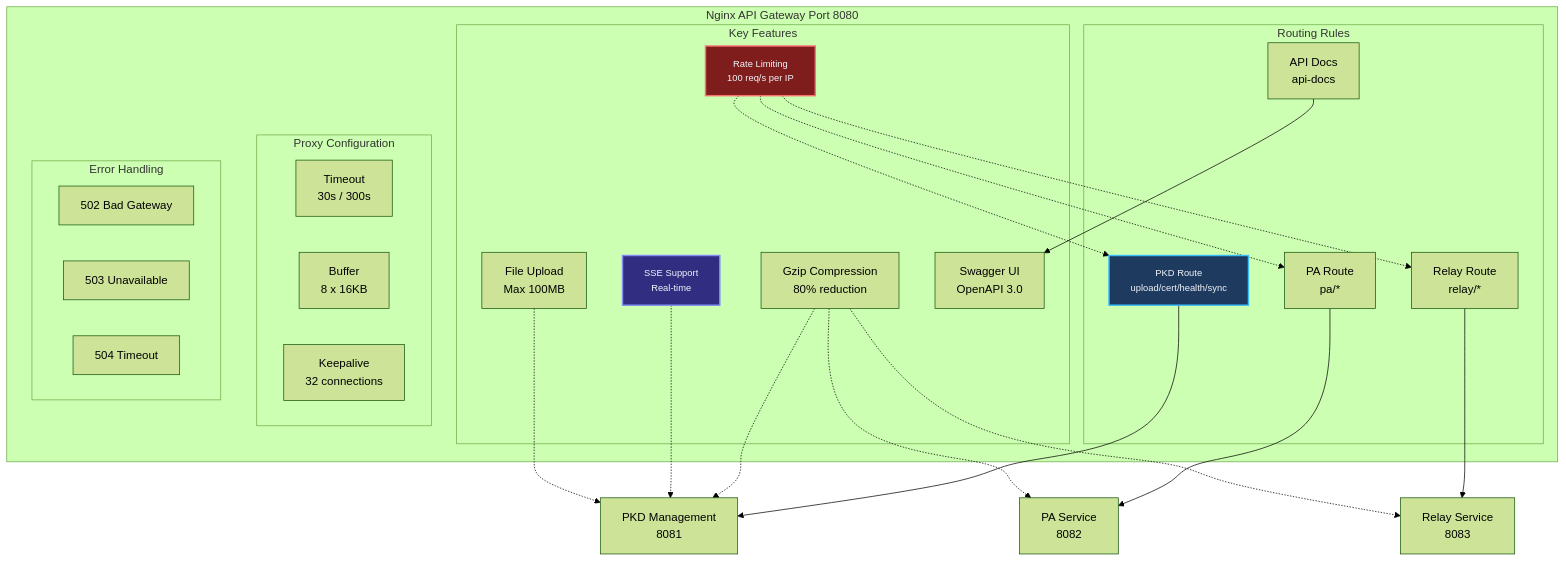
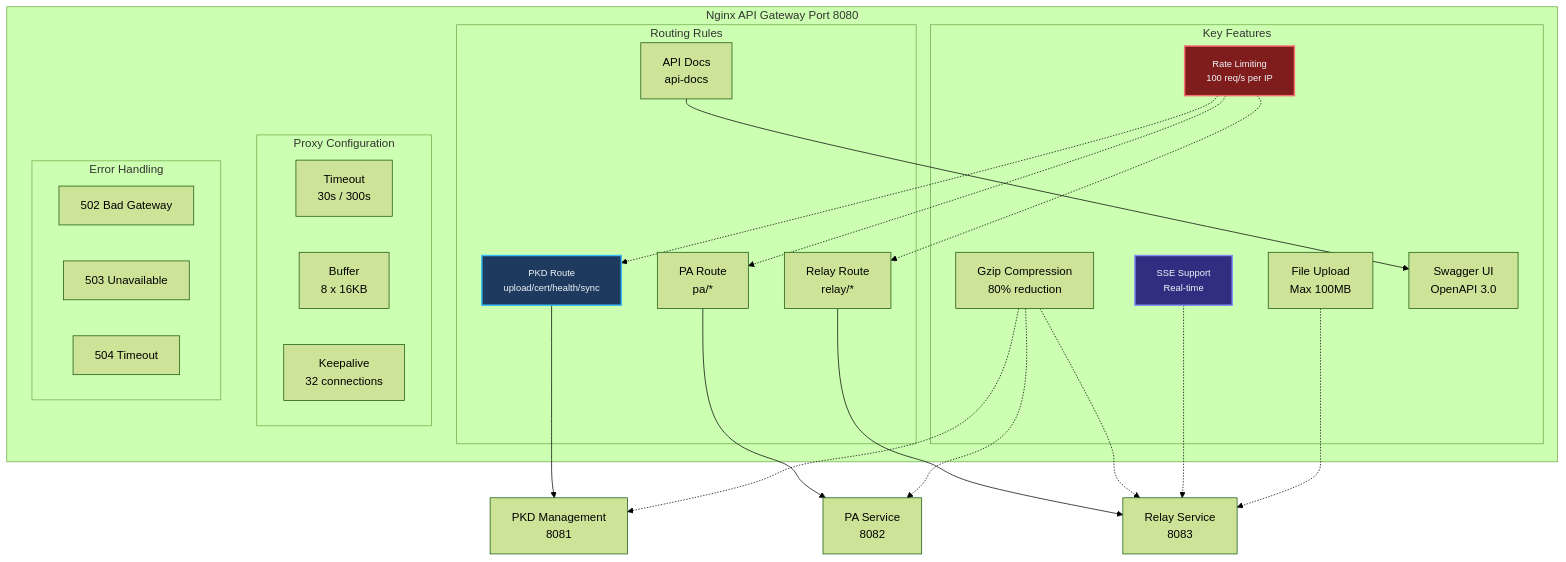
One commit to iland112/icao-local-pkd-cpp changed the ninth of 17 diagrams in docs/ARCHITECTURE.md. Above: the diagram before and after it, drawn with Mermaid (forest theme). The commit also changed other lines of this file and 6 other files, not shown here.

````diff
--- a/docs/ARCHITECTURE.md
+++ b/docs/ARCHITECTURE.md
@@ -1091,51 +1067,51 @@
 ```mermaid
 graph TB
     subgraph Gateway["Nginx API Gateway Port 8080"]
         subgraph Routes["Routing Rules"]
             Route1["PKD Route<br/>upload/cert/health/sync"]
             Route2["PA Route<br/>pa/*"]
             Route3["Relay Route<br/>relay/*"]
             Route4["API Docs<br/>api-docs"]
         end
 
         subgraph Features["Key Features"]
             RateLimit["Rate Limiting<br/>100 req/s per IP"]
             Gzip["Gzip Compression<br/>80% reduction"]
             SSE["SSE Support<br/>Real-time"]
             Upload["File Upload<br/>Max 100MB"]
             Swagger["Swagger UI<br/>OpenAPI 3.0"]
         end
 
         subgraph Proxy["Proxy Configuration"]
             Timeout["Timeout<br/>30s / 300s"]
             Buffer["Buffer<br/>8 x 16KB"]
             Keepalive["Keepalive<br/>32 connections"]
         end
 
         subgraph Errors["Error Handling"]
             Error502["502 Bad Gateway"]
             Error503["503 Unavailable"]
             Error504["504 Timeout"]
         end
     end
 
     Route1 --> PKD["PKD Management<br/>8081"]
     Route2 --> PA["PA Service<br/>8082"]
     Route3 --> RelaySvc["Relay Service<br/>8083"]
     Route4 --> Swagger
 
     RateLimit -.-> Route1
     RateLimit -.-> Route2
     RateLimit -.-> Route3
 
     Gzip -.-> PKD
     Gzip -.-> PA
     Gzip -.-> RelaySvc
 
-    SSE -.-> PKD
-    Upload -.-> PKD
+    SSE -.-> RelaySvc
+    Upload -.-> RelaySvc
 
     style Route1 fill:#1e3a5f,stroke:#38bdf8,stroke-width:2px,color:#f1f5f9,font-size:13px
     style RateLimit fill:#7f1d1d,stroke:#f87171,stroke-width:2px,color:#f1f5f9,font-size:13px
     style SSE fill:#312e81,stroke:#818cf8,stroke-width:2px,color:#f1f5f9,font-size:13px
 ```
````
